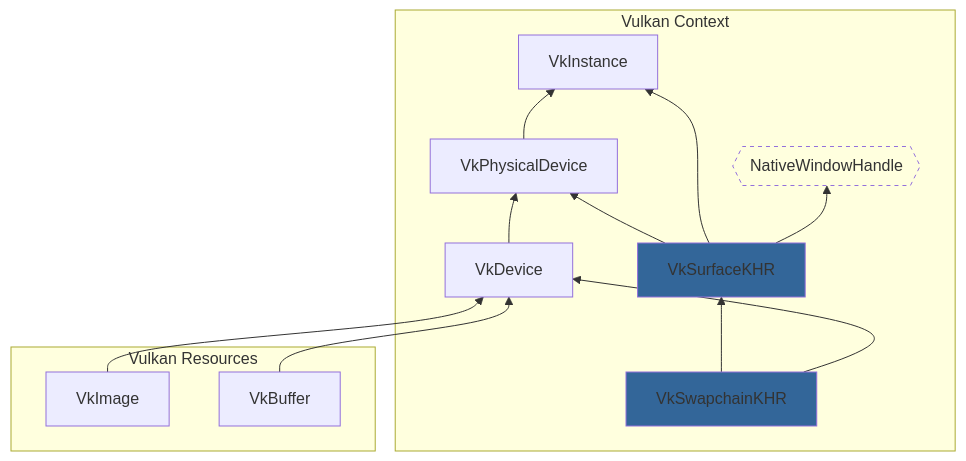
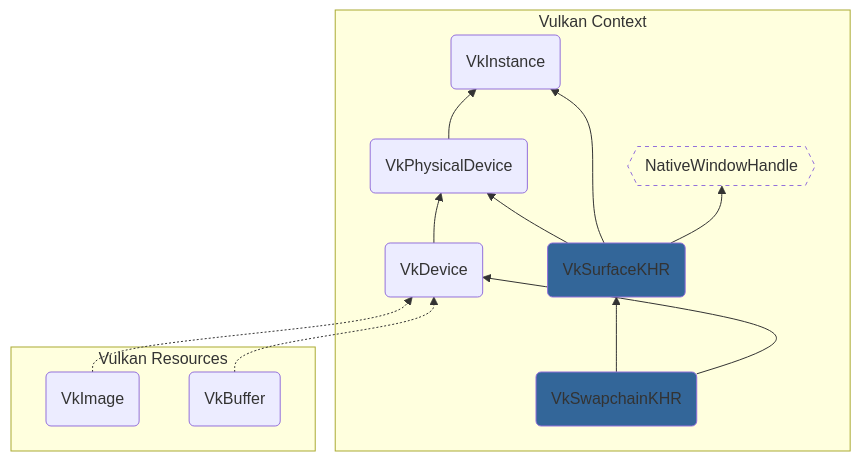
The first of 3 diagrams in graphics/vulkan/Overview.md (yslib/mynotes), drawn with Mermaid before and after one commit. The commit also changed other lines of this file and 2 other files, not shown here.

````diff
--- a/graphics/vulkan/Overview.md
+++ b/graphics/vulkan/Overview.md
@@ -4,24 +4,21 @@
 ```mermaid
 graph BT
 linkStyle default interpolate basis
 subgraph Vulkan Context
-A[VkDevice] --> B[VkPhysicalDevice]
-B --> C[VkInstance]
-D[VkSurfaceKHR]:::khr-->B
+A(VkDevice) --> B(VkPhysicalDevice)
+B --> C(VkInstance)
+D(VkSurfaceKHR):::khr-->B
 D-->C
 D-->W{{NativeWindowHandle}}
-S[VkSwapchainKHR]:::khr-->D
+S(VkSwapchainKHR):::khr-->D
 S-->A
-%%safd sadf
 end
 
 subgraph Vulkan Resources 
-VkImage-->A
-VkBuffer-->A
+i(VkImage)-.->A
+b(VkBuffer)-.->A
 end
 
 classDef khr fill:#369f;
 style W fill:#fff0,stroke-dasharray:4
-
-
 ```
````
